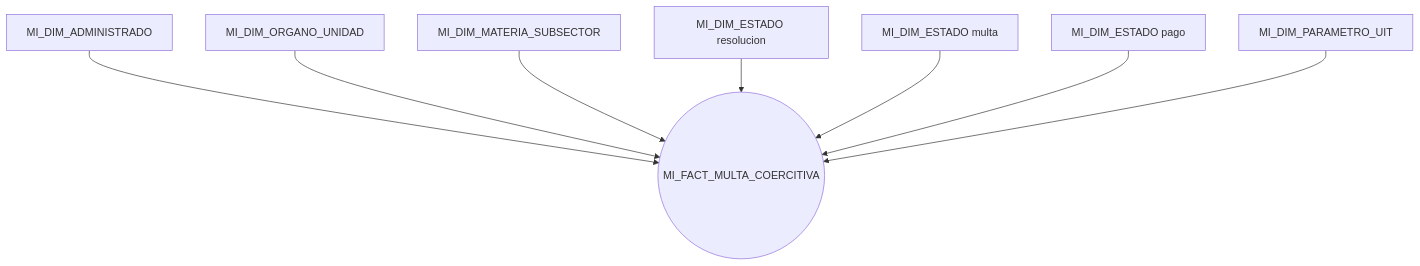
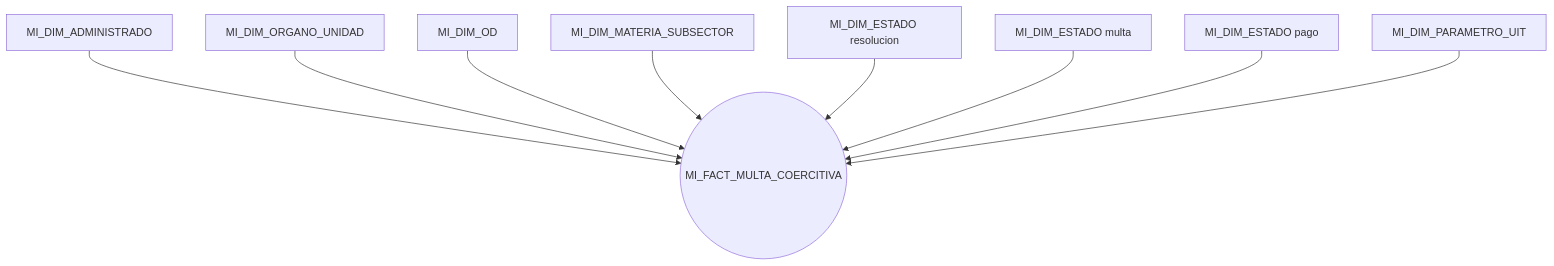
The third of 3 diagrams in docs/adjuntos/modelo-kimball.md (nwodevops/multa_informes_etl), drawn with Mermaid before and after one commit. The commit also changed other lines of this file and 23 other files, not shown here.

````diff
--- a/docs/adjuntos/modelo-kimball.md
+++ b/docs/adjuntos/modelo-kimball.md
@@ -128,18 +130,20 @@
 ```mermaid
 flowchart TB
   ADM[MI_DIM_ADMINISTRADO]
   ORG[MI_DIM_ORGANO_UNIDAD]
+  OD[MI_DIM_OD]
   MAT[MI_DIM_MATERIA_SUBSECTOR]
   EST_R[MI_DIM_ESTADO resolucion]
   EST_M[MI_DIM_ESTADO multa]
   EST_P[MI_DIM_ESTADO pago]
   UIT[MI_DIM_PARAMETRO_UIT]
   FMC(("MI_FACT_MULTA_COERCITIVA"))
   ADM --> FMC
   ORG --> FMC
+  OD --> FMC
   MAT --> FMC
   EST_R --> FMC
   EST_M --> FMC
   EST_P --> FMC
   UIT --> FMC
 ```
````
